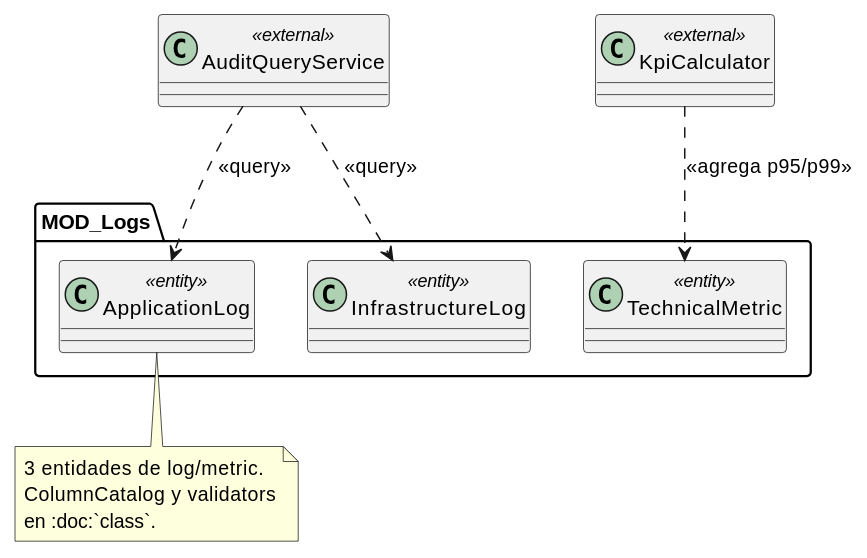
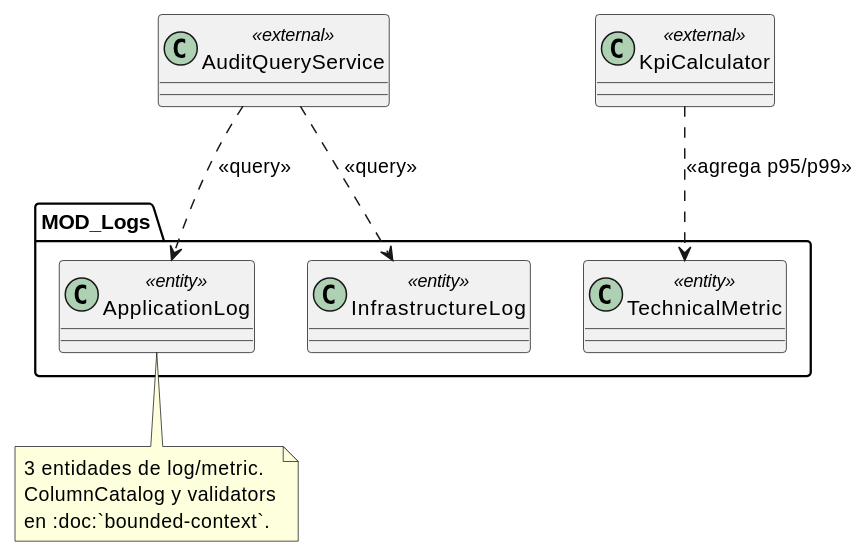
One commit to jcg-admin/IACT-docs changed the diagram in source/arquitectura-tecnica/design-view/logs/index.rst. Above: the diagram before and after it, drawn with PlantUML. The commit also changed other lines of this file and 97 other files, not shown here.

```diff
--- a/source/arquitectura-tecnica/design-view/logs/index.rst
+++ b/source/arquitectura-tecnica/design-view/logs/index.rst
@@ -31,27 +31,27 @@
 .. uml::
  :caption: MOD_Logs — entidades de log y servicios de
            consulta agregada. Detalle interno en
-           :doc:`class`.
+           :doc:`bounded-context`.
 
  @startuml
 
  package "MOD_Logs" {
    class ApplicationLog <<entity>>
    class InfrastructureLog <<entity>>
    class TechnicalMetric <<entity>>
  }
 
  class AuditQueryService <<external>>
  class KpiCalculator <<external>>
 
  AuditQueryService ..> ApplicationLog : <<query>>
  AuditQueryService ..> InfrastructureLog : <<query>>
  KpiCalculator ..> TechnicalMetric : <<agrega p95/p99>>
 
  note bottom of ApplicationLog
    3 entidades de log/metric.
    ColumnCatalog y validators
-   en :doc:`class`.
+   en :doc:`bounded-context`.
  end note
 
  @enduml
```
